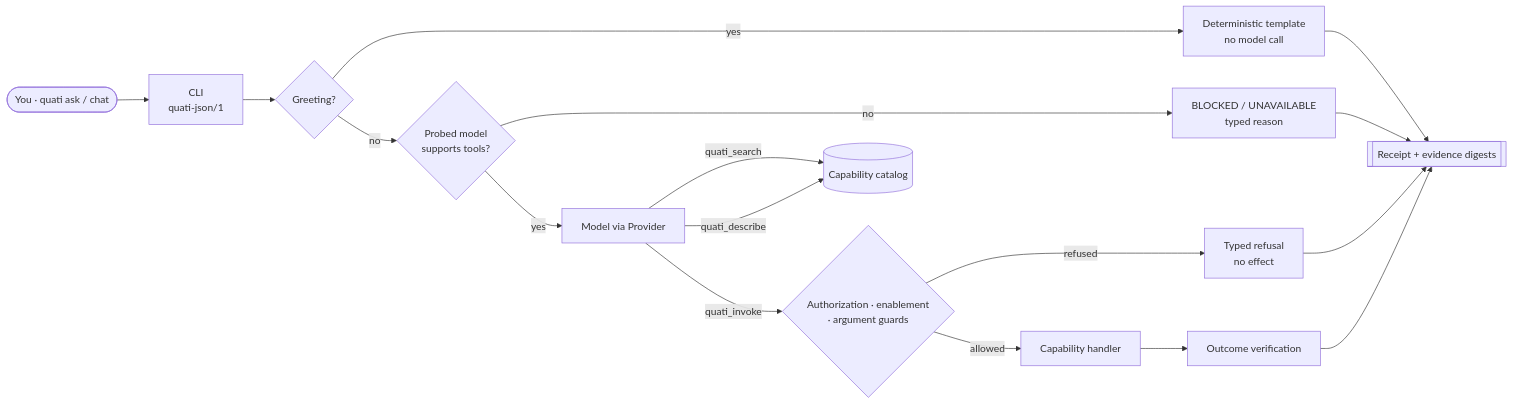
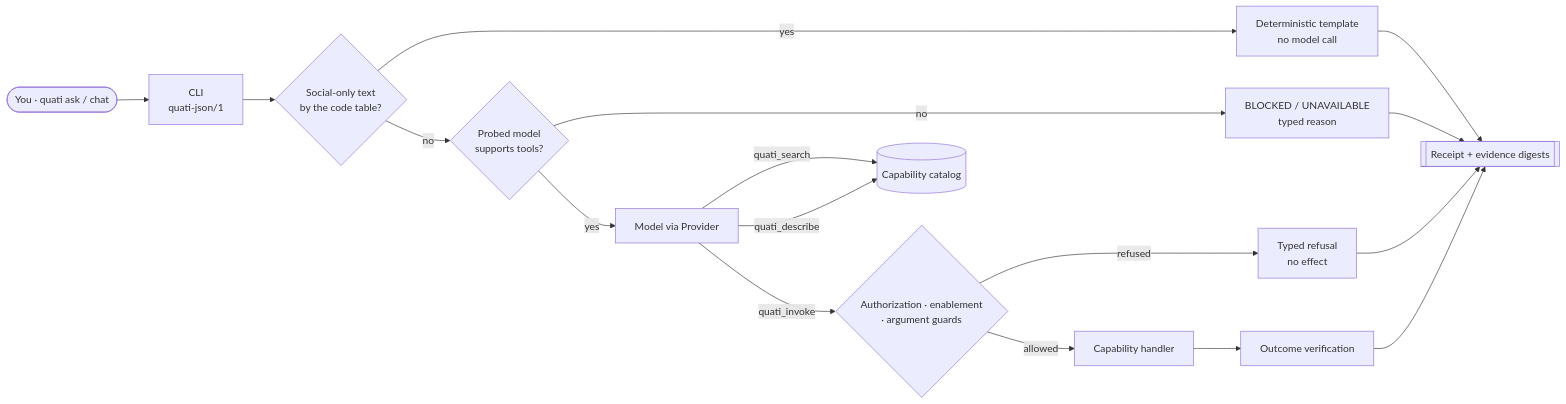
Before and after one commit to clebeson/quati: the diagram in README.md, drawn with Mermaid. The commit also changed other lines of this file and 94 other files, not shown here.

````diff
--- a/README.md
+++ b/README.md
@@ -174,19 +185,19 @@
 ```mermaid
 flowchart LR
     U([You · quati ask / chat]) --> C[CLI<br/>quati-json/1]
-    C --> G{Greeting?}
+    C --> G{Social-only text<br/>by the code table?}
     G -- yes --> T[Deterministic template<br/>no model call]
     G -- no --> F{Probed model<br/>supports tools?}
     F -- no --> B[BLOCKED / UNAVAILABLE<br/>typed reason]
     F -- yes --> M[Model via Provider]
     M -->|quati_search| S[(Capability catalog)]
     M -->|quati_describe| S
     M -->|quati_invoke| A{Authorization · enablement<br/>· argument guards}
     A -- refused --> R[Typed refusal<br/>no effect]
     A -- allowed --> X[Capability handler]
     X --> V[Outcome verification]
     V --> E[[Receipt + evidence digests]]
     T --> E
     B --> E
     R --> E
 ```
````
